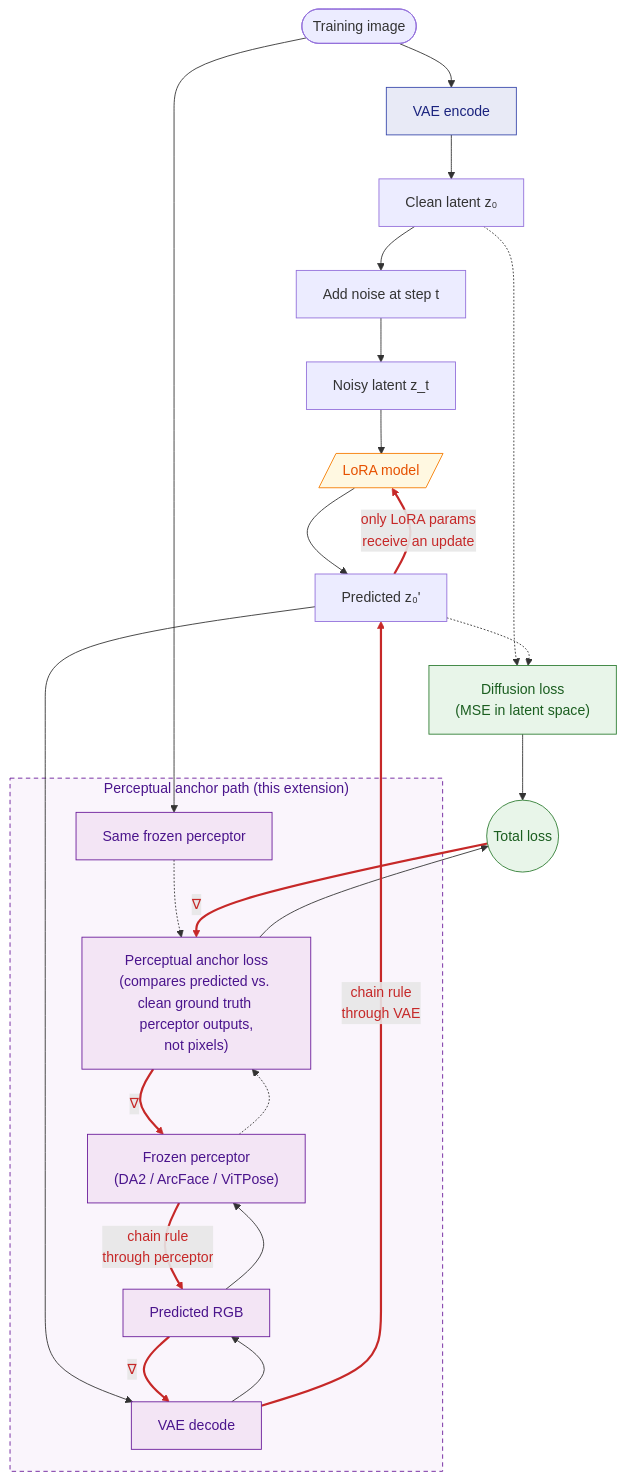
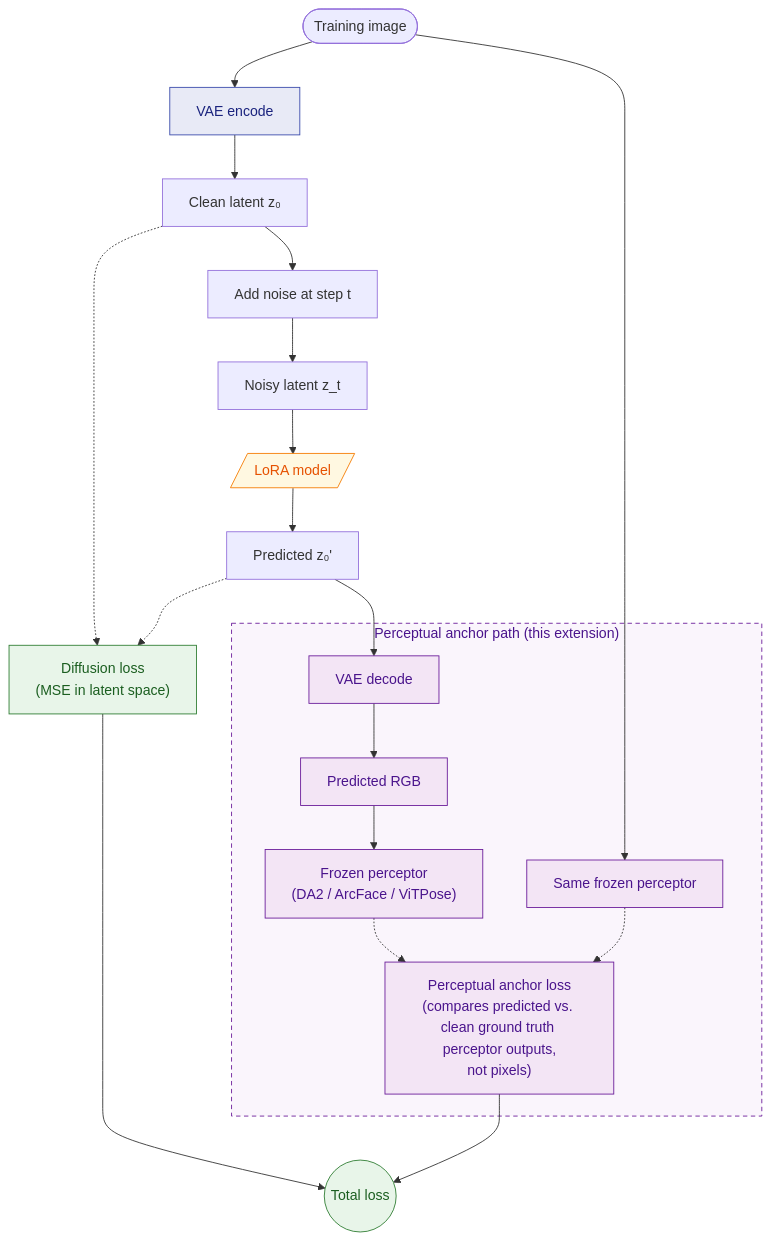
One commit to BuffaloBuffaloBuffaloBuffalo/ai-toolkit-perceptual changed the first of 2 diagrams in README.md. Above: the diagram before and after it, drawn with Mermaid. The commit also changed other lines of this file, not shown here.

Commit message:
README: split forward and backward into separate diagrams to fix layout

````diff
--- a/README.md
+++ b/README.md
@@ -27,53 +29,42 @@
 ```mermaid
 flowchart TD
     GT([Training image])
     GT --> Encode[VAE encode]
     Encode --> Z0[Clean latent z₀]
     Z0 --> Noise[Add noise at step t]
     Noise --> Zt[Noisy latent z_t]
     Zt --> Model[/LoRA model/]
     Model --> Zhat[Predicted z₀']
 
     Z0 -.-> Diff["Diffusion loss<br/>(MSE in latent space)"]
     Zhat -.-> Diff
 
     subgraph Perceptual["Perceptual anchor path (this extension)"]
         Decode[VAE decode]
         RGBp[Predicted RGB]
         Pp["Frozen perceptor<br/>(DA2 / ArcFace / ViTPose)"]
         Pg[Same frozen perceptor]
         Anchor["Perceptual anchor loss<br/>(compares predicted vs. clean ground truth perceptor outputs,<br/>not pixels)"]
     end
 
     Zhat --> Decode
     Decode --> RGBp
     RGBp --> Pp
     GT --> Pg
     Pp -.-> Anchor
     Pg -.-> Anchor
 
     Diff --> Total((Total loss))
     Anchor --> Total
 
-    %% Backward / gradient flow — explicit chain back through every frozen module
-    Total ==>|"∇"| Anchor
-    Anchor ==>|"∇"| Pp
-    Pp ==>|"chain rule<br/>through perceptor"| RGBp
-    RGBp ==>|"∇"| Decode
-    Decode ==>|"chain rule<br/>through VAE"| Zhat
-    Zhat ==>|"only LoRA params<br/>receive an update"| Model
-
     classDef frozen fill:#e8eaf6,stroke:#3949ab,color:#1a237e
     classDef trainable fill:#fff8e1,stroke:#f57c00,color:#e65100
     classDef loss fill:#e8f5e9,stroke:#2e7d32,color:#1b5e20
     classDef anchor fill:#f3e5f5,stroke:#6a1b9a,color:#4a148c
 
     class Encode frozen
     class Model trainable
     class Diff,Total loss
     class Decode,RGBp,Pp,Pg,Anchor anchor
     style Perceptual fill:#faf5fc,stroke:#6a1b9a,stroke-dasharray:5 4,color:#4a148c
-
-    %% Backward arrows in red so they're distinct from the forward pass
-    linkStyle 16,17,18,19,20,21 stroke:#c62828,stroke-width:2.5px,color:#c62828
 ```
````
